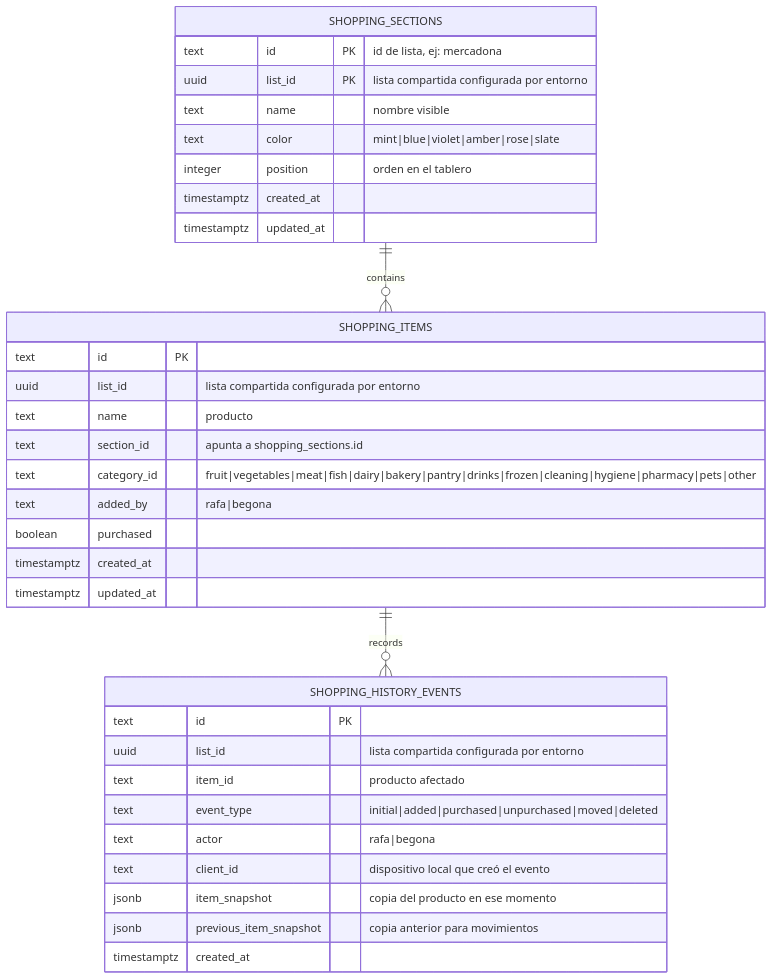
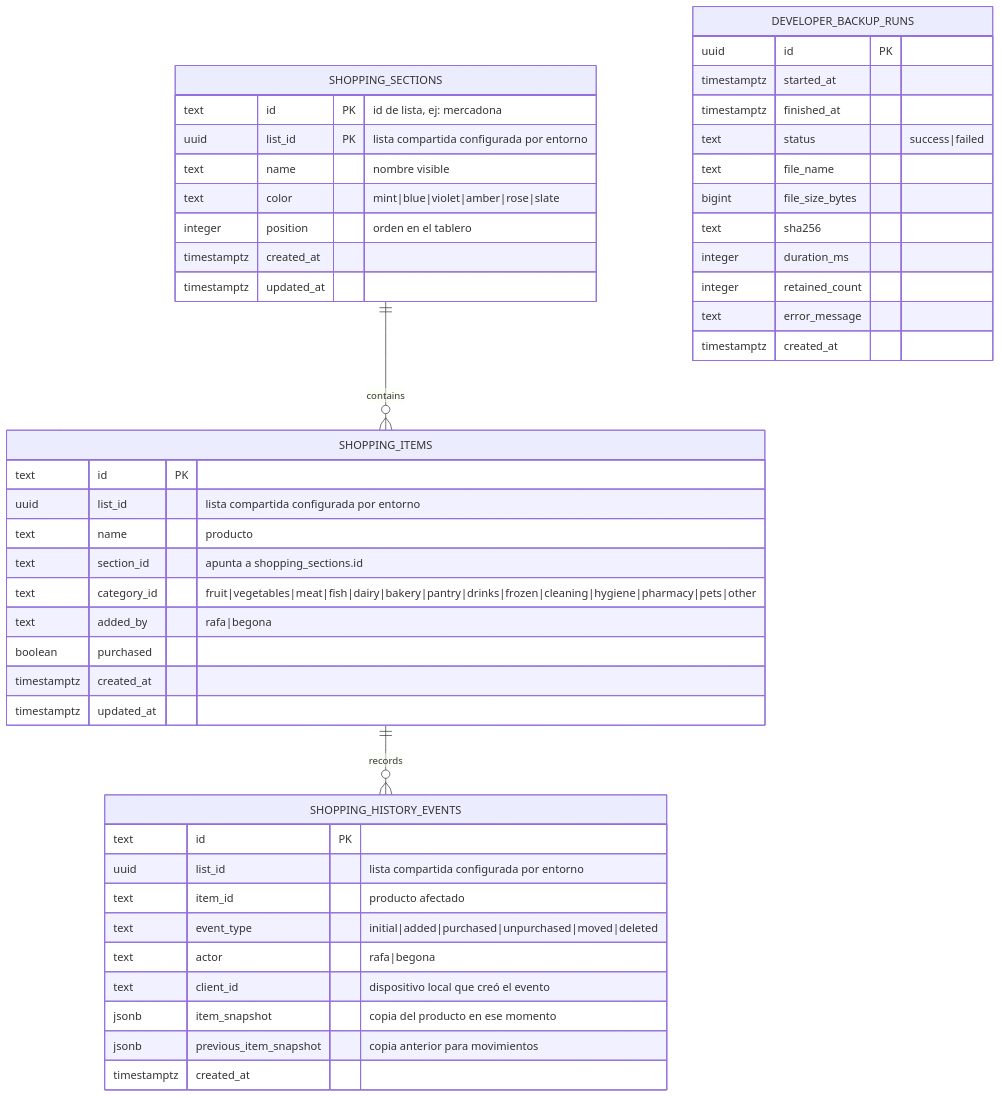
Before and after one commit to ralph1985/jucart: the diagram in docs/database-schema.md, drawn with Mermaid. The commit also changed other lines of this file and 15 other files, not shown here.

````diff
--- a/docs/database-schema.md
+++ b/docs/database-schema.md
@@ -9,39 +9,53 @@
 ```mermaid
 erDiagram
   SHOPPING_SECTIONS ||--o{ SHOPPING_ITEMS : contains
   SHOPPING_ITEMS ||--o{ SHOPPING_HISTORY_EVENTS : records
 
   SHOPPING_SECTIONS {
     text id PK "id de lista, ej: mercadona"
     uuid list_id PK "lista compartida configurada por entorno"
     text name "nombre visible"
     text color "mint|blue|violet|amber|rose|slate"
     integer position "orden en el tablero"
     timestamptz created_at
     timestamptz updated_at
   }
 
   SHOPPING_ITEMS {
     text id PK
     uuid list_id "lista compartida configurada por entorno"
     text name "producto"
     text section_id "apunta a shopping_sections.id"
     text category_id "fruit|vegetables|meat|fish|dairy|bakery|pantry|drinks|frozen|cleaning|hygiene|pharmacy|pets|other"
     text added_by "rafa|begona"
     boolean purchased
     timestamptz created_at
     timestamptz updated_at
   }
 
   SHOPPING_HISTORY_EVENTS {
     text id PK
     uuid list_id "lista compartida configurada por entorno"
     text item_id "producto afectado"
     text event_type "initial|added|purchased|unpurchased|moved|deleted"
     text actor "rafa|begona"
     text client_id "dispositivo local que creó el evento"
     jsonb item_snapshot "copia del producto en ese momento"
     jsonb previous_item_snapshot "copia anterior para movimientos"
     timestamptz created_at
   }
+
+  DEVELOPER_BACKUP_RUNS {
+    uuid id PK
+    timestamptz started_at
+    timestamptz finished_at
+    text status "success|failed"
+    text file_name
+    bigint file_size_bytes
+    text sha256
+    integer duration_ms
+    integer retained_count
+    text error_message
+    timestamptz created_at
+  }
 ```
````
